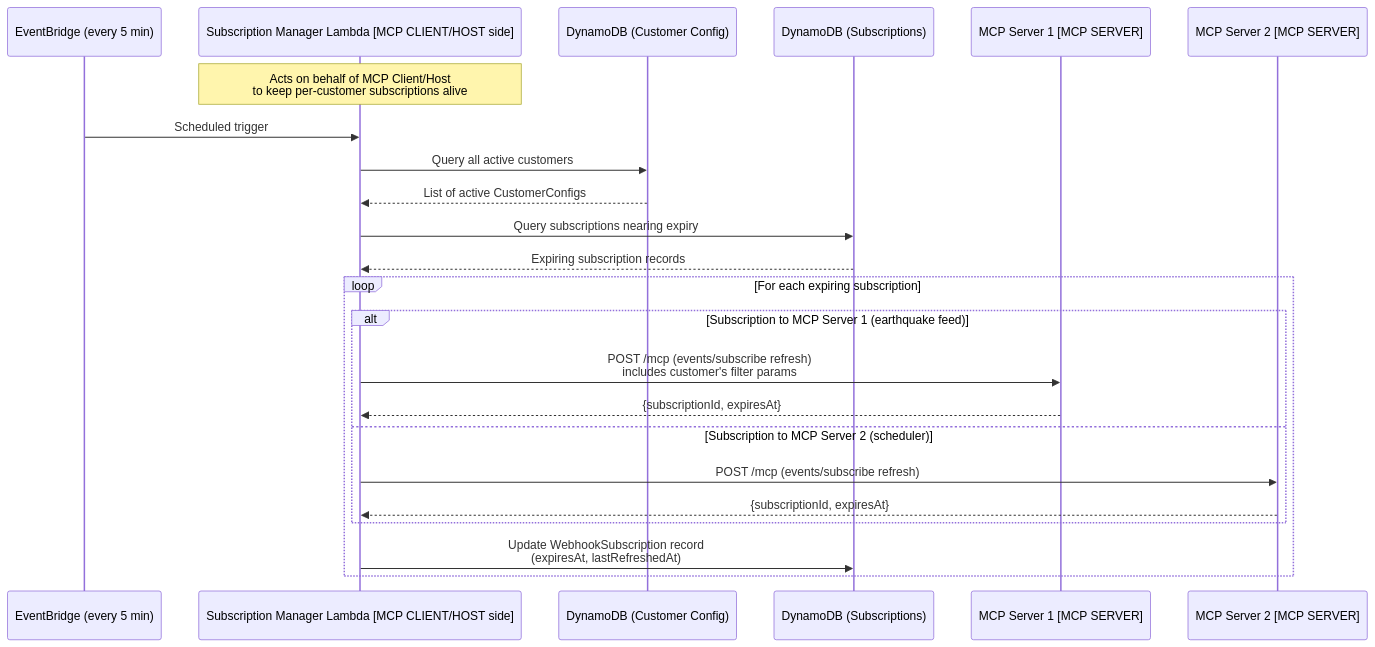
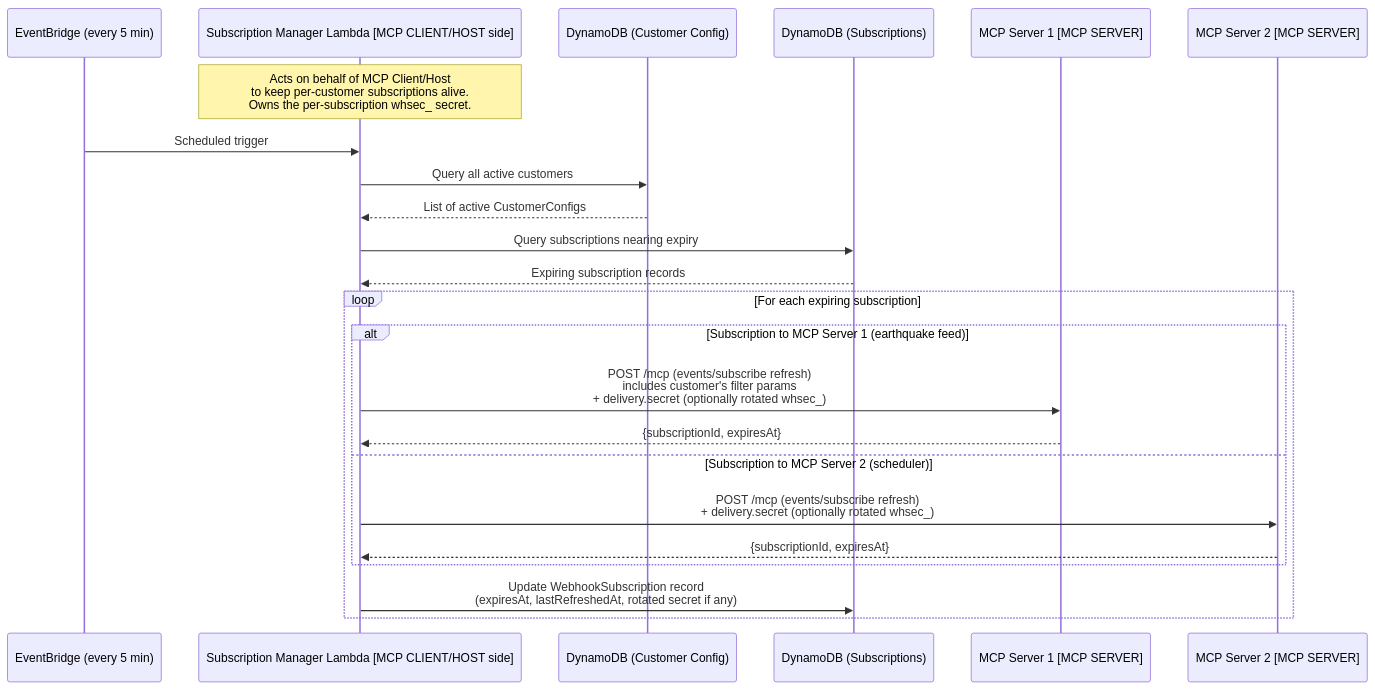
Before and after one commit to clareliguori/mcp-triggers-events-samples: diagram 11 of 12 in .kiro/specs/mcp-events-serverless-agent/design.md, drawn with Mermaid. The commit also changed other lines of this file and 9 other files, not shown here.

First line of the commit message:
Adopt per-subscription client-supplied webhook secrets per MCP Events spec

````diff
--- a/.kiro/specs/mcp-events-serverless-agent/design.md
+++ b/.kiro/specs/mcp-events-serverless-agent/design.md
@@ -329,28 +329,28 @@
 ```mermaid
 sequenceDiagram
     participant EB as EventBridge (every 5 min)
     participant Sub as Subscription Manager Lambda [MCP CLIENT/HOST side]
     participant DDB_CFG as DynamoDB (Customer Config)
     participant DDB_SUB as DynamoDB (Subscriptions)
     participant MCP1 as MCP Server 1 [MCP SERVER]
     participant MCP2 as MCP Server 2 [MCP SERVER]
 
-    Note over Sub: Acts on behalf of MCP Client/Host<br/>to keep per-customer subscriptions alive
+    Note over Sub: Acts on behalf of MCP Client/Host<br/>to keep per-customer subscriptions alive.<br/>Owns the per-subscription whsec_ secret.
 
     EB->>Sub: Scheduled trigger
     Sub->>DDB_CFG: Query all active customers
     DDB_CFG-->>Sub: List of active CustomerConfigs
     Sub->>DDB_SUB: Query subscriptions nearing expiry
     DDB_SUB-->>Sub: Expiring subscription records
 
     loop For each expiring subscription
         alt Subscription to MCP Server 1 (earthquake feed)
-            Sub->>MCP1: POST /mcp (events/subscribe refresh)<br/>includes customer's filter params
+            Sub->>MCP1: POST /mcp (events/subscribe refresh)<br/>includes customer's filter params<br/>+ delivery.secret (optionally rotated whsec_)
             MCP1-->>Sub: {subscriptionId, expiresAt}
         else Subscription to MCP Server 2 (scheduler)
-            Sub->>MCP2: POST /mcp (events/subscribe refresh)
+            Sub->>MCP2: POST /mcp (events/subscribe refresh)<br/>+ delivery.secret (optionally rotated whsec_)
             MCP2-->>Sub: {subscriptionId, expiresAt}
         end
-        Sub->>DDB_SUB: Update WebhookSubscription record<br/>(expiresAt, lastRefreshedAt)
+        Sub->>DDB_SUB: Update WebhookSubscription record<br/>(expiresAt, lastRefreshedAt, rotated secret if any)
     end
 ```
````
